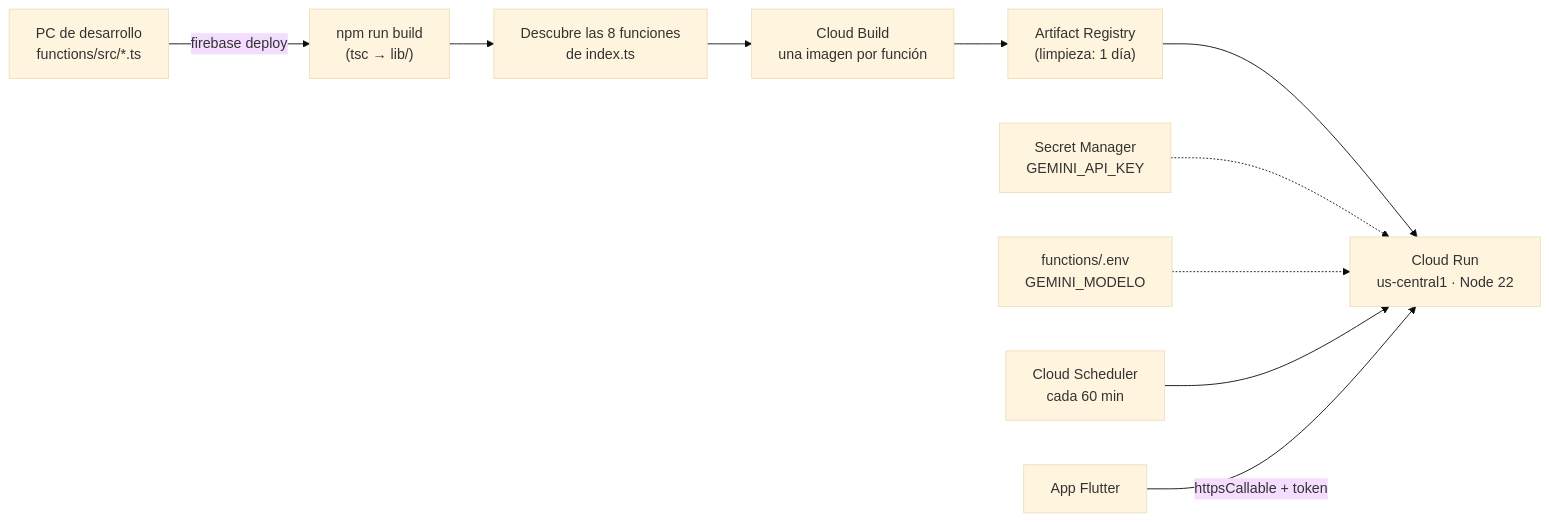
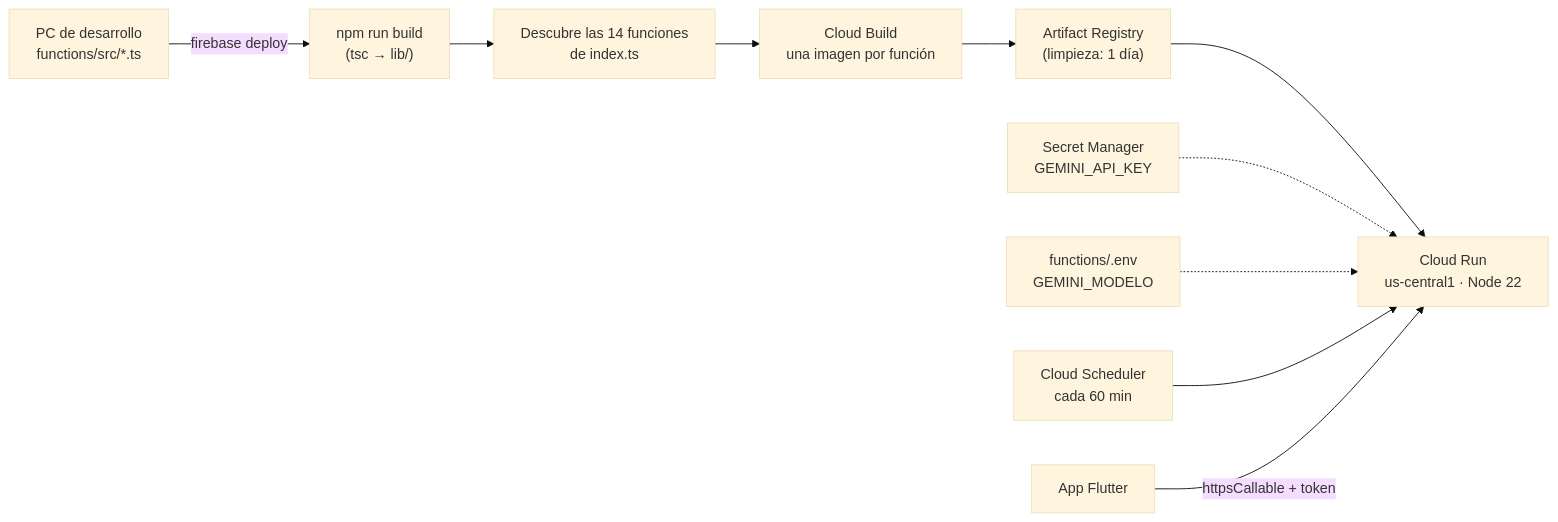
The tenth of 11 diagrams in README.md (Karquin06/ProjectMake-UpAi), drawn with Mermaid (base theme) before and after one commit. The commit also changed other lines of this file, not shown here.

````diff
--- a/README.md
+++ b/README.md
@@ -340,12 +364,12 @@
 ```mermaid
 flowchart LR
     DEV["PC de desarrollo<br/>functions/src/*.ts"] -- "firebase deploy" --> B["npm run build<br/>(tsc → lib/)"]
-    B --> D["Descubre las 8 funciones<br/>de index.ts"]
+    B --> D["Descubre las 14 funciones<br/>de index.ts"]
     D --> CB["Cloud Build<br/>una imagen por función"]
     CB --> AR["Artifact Registry<br/>(limpieza: 1 día)"]
     AR --> CR["Cloud Run<br/>us-central1 · Node 22"]
     SM["Secret Manager<br/>GEMINI_API_KEY"] -.-> CR
     ENV["functions/.env<br/>GEMINI_MODELO"] -.-> CR
     SCH["Cloud Scheduler<br/>cada 60 min"] --> CR
     APP["App Flutter"] -- "httpsCallable + token" --> CR
 ```
````
